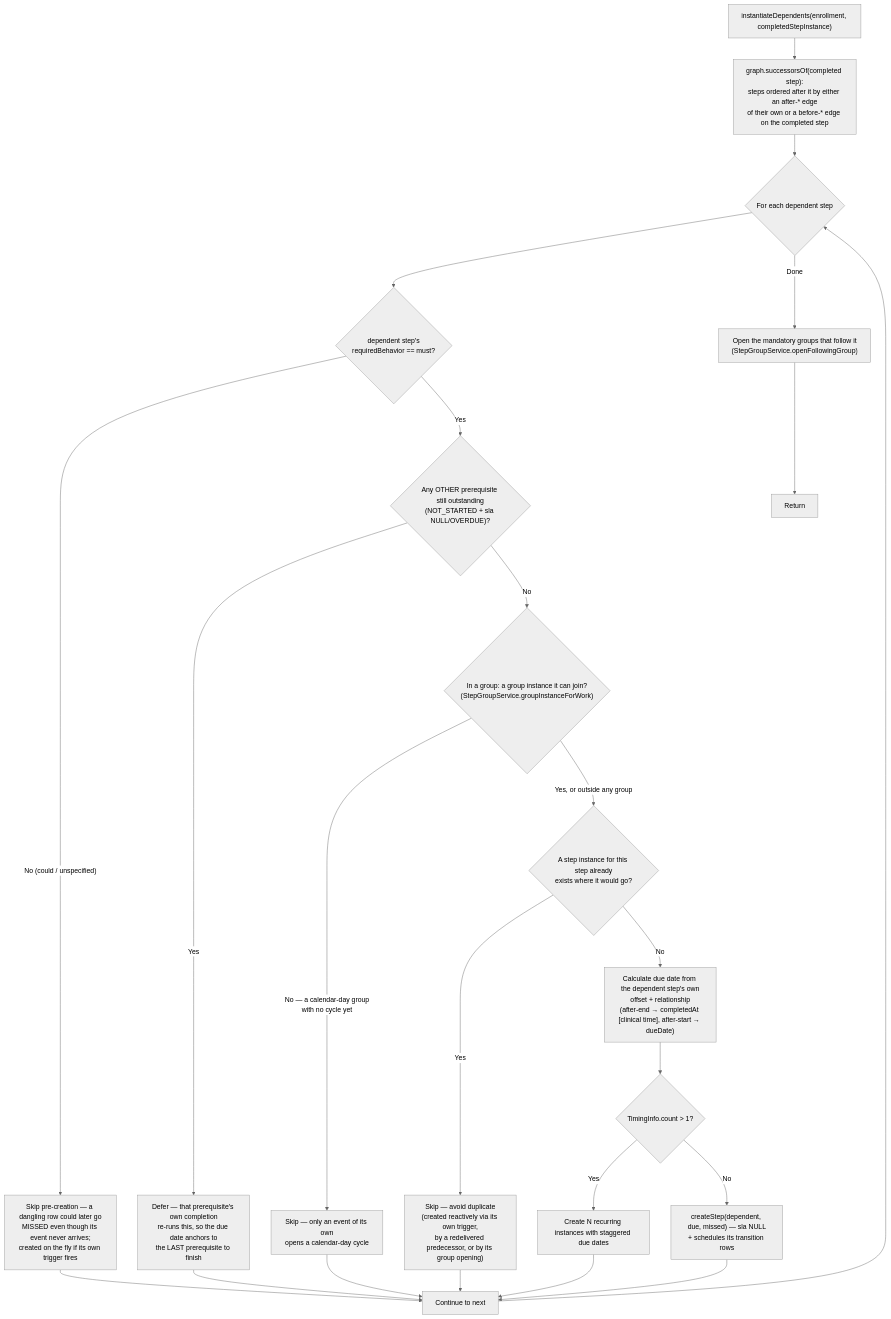
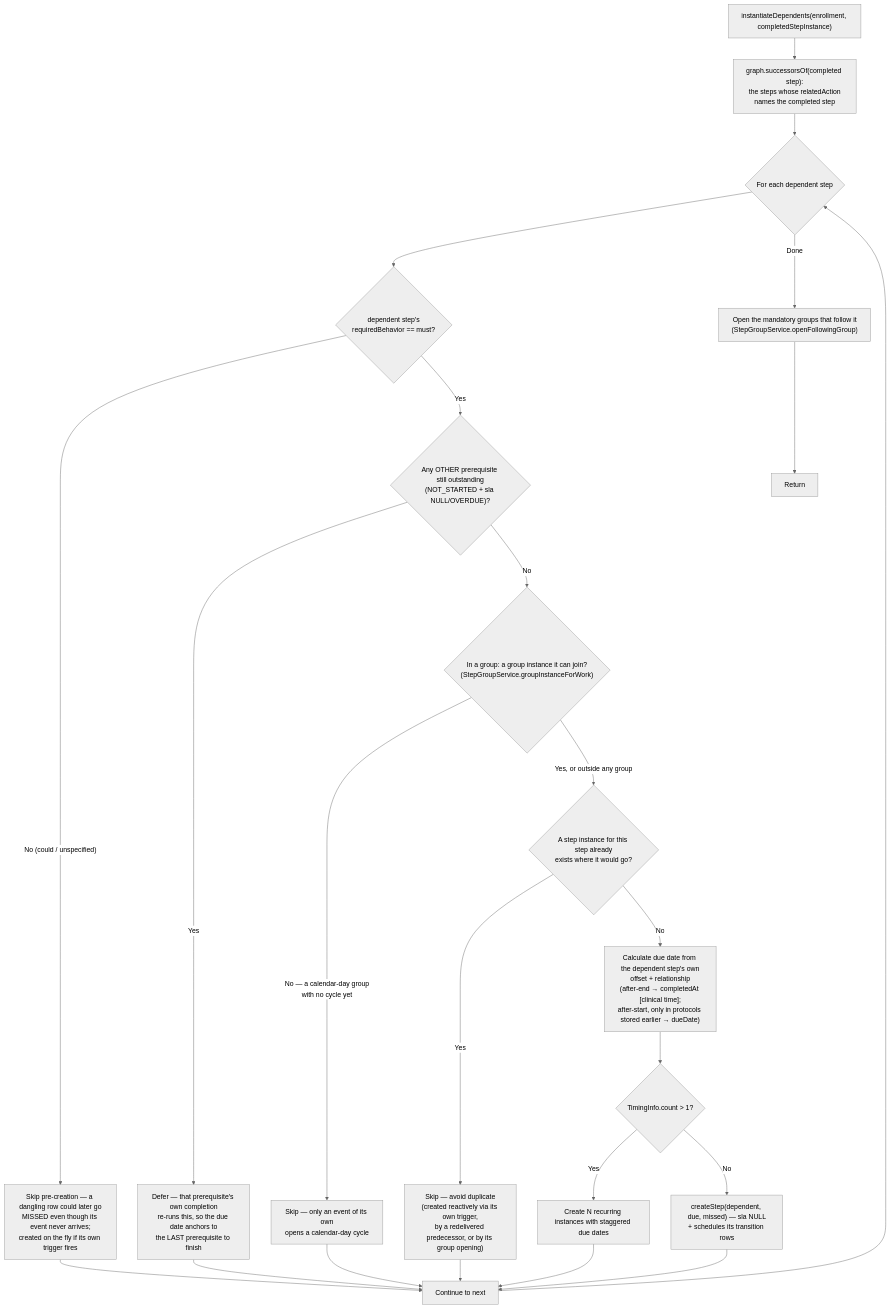
One commit to Jayaprakash8887/cce-matcher-service changed the tenth of 11 diagrams in docs/flow-diagrams.md. Above: the diagram before and after it, drawn with Mermaid (neutral theme). The commit also changed other lines of this file and 5 other files, not shown here.

First line of the commit message:
CCE-135: document after-end as the only supported relatedAction relationship

````diff
--- a/docs/flow-diagrams.md
+++ b/docs/flow-diagrams.md
@@ -478,28 +478,28 @@
 ```mermaid
 flowchart TD
-    START["instantiateDependents(enrollment, completedStepInstance)"] --> FIND["graph.successorsOf(completed step):<br/>steps ordered after it by either an after-* edge<br/>of their own or a before-* edge on the completed step"]
+    START["instantiateDependents(enrollment, completedStepInstance)"] --> FIND["graph.successorsOf(completed step):<br/>the steps whose relatedAction<br/>names the completed step"]
     FIND --> LOOP{"For each dependent step"}
     LOOP --> MUST{"dependent step's<br/>requiredBehavior == must?"}
     MUST -->|"No (could / unspecified)"| SKIP2["Skip pre-creation — a dangling row could later go<br/>MISSED even though its event never arrives;<br/>created on the fly if its own trigger fires"]
     MUST -->|"Yes"| FANIN{"Any OTHER prerequisite still outstanding<br/>(NOT_STARTED + sla NULL/OVERDUE)?"}
     FANIN -->|"Yes"| SKIP3["Defer — that prerequisite's own completion<br/>re-runs this, so the due date anchors to<br/>the LAST prerequisite to finish"]
     FANIN -->|"No"| GROUP{"In a group: a group instance it can join?<br/>(StepGroupService.groupInstanceForWork)"}
     GROUP -->|"No — a calendar-day group<br/>with no cycle yet"| SKIP4["Skip — only an event of its own<br/>opens a calendar-day cycle"]
     GROUP -->|"Yes, or outside any group"| DEDUP{"A step instance for this step already<br/>exists where it would go?"}
     DEDUP -->|"Yes"| SKIP["Skip — avoid duplicate<br/>(created reactively via its own trigger,<br/>by a redelivered predecessor, or by its group opening)"]
-    DEDUP -->|"No"| CALC["Calculate due date from the dependent step's own<br/>offset + relationship<br/>(after-end → completedAt [clinical time], after-start → dueDate)"]
+    DEDUP -->|"No"| CALC["Calculate due date from the dependent step's own<br/>offset + relationship<br/>(after-end → completedAt [clinical time];<br/>after-start, only in protocols stored earlier → dueDate)"]
     CALC --> RECURRING{"TimingInfo.count > 1?"}
 
     RECURRING -->|"Yes"| MULTI["Create N recurring instances with staggered due dates"]
     RECURRING -->|"No"| SINGLE["createStep(dependent, due, missed) — sla NULL<br/>+ schedules its transition rows"]
 
     MULTI --> NEXT["Continue to next"]
     SINGLE --> NEXT
     SKIP --> NEXT
     SKIP2 --> NEXT
     SKIP3 --> NEXT
     SKIP4 --> NEXT
     NEXT --> LOOP
     LOOP -->|"Done"| GROUPS["Open the mandatory groups that follow it<br/>(StepGroupService.openFollowingGroup)"]
     GROUPS --> END["Return"]
 ```
````
